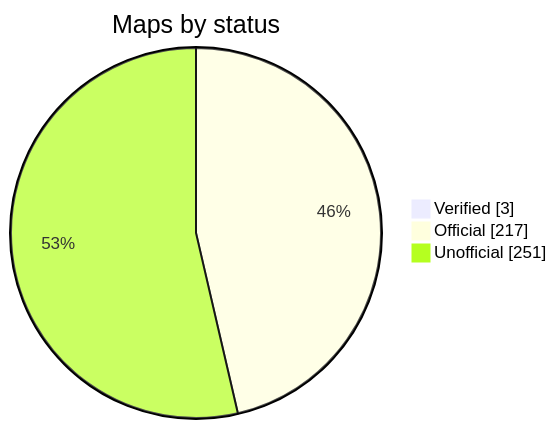
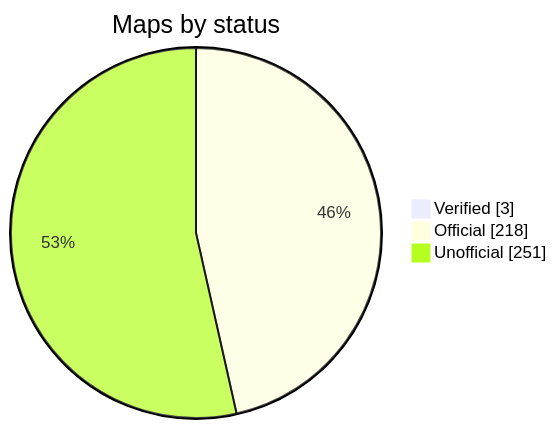
One commit to nobrega8/mbmap-library changed the diagram in README.md. Above: the diagram before and after it, drawn with Mermaid. The commit also changed 2 other files, not shown here.

Commit message:
Add the Danfoss VLT HVAC Drive FC 102 map

````diff
--- a/README.md
+++ b/README.md
@@ -48,7 +48,7 @@
 ```mermaid
 pie showData
     title Maps by status
     "Verified" : 3
-    "Official" : 217
+    "Official" : 218
     "Unofficial" : 251
 ```
````
